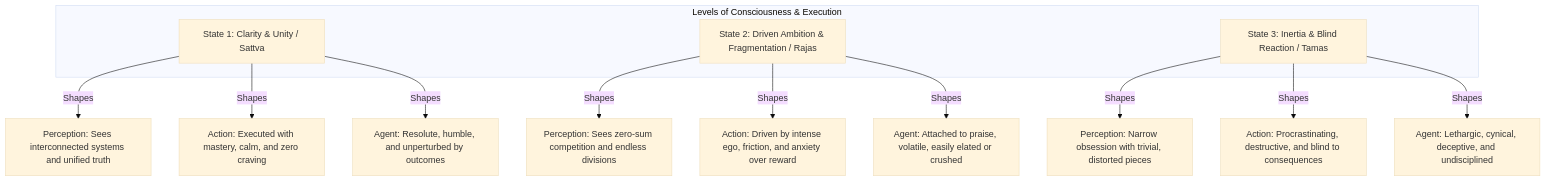
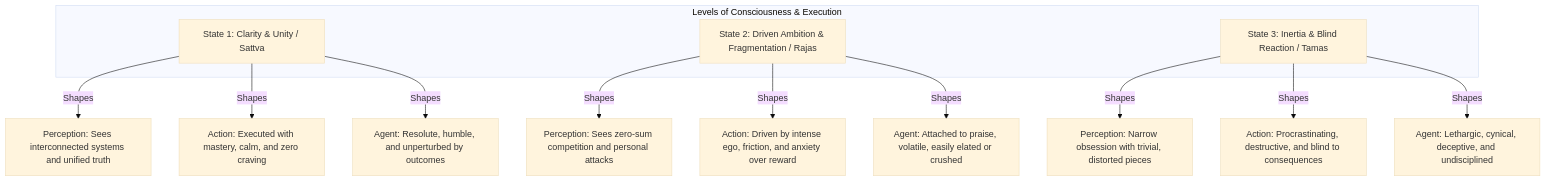
Before and after one commit to vs00918/aravalli: the first of 4 diagrams in knowledge-tree/nodes/chapter-03-the-three-modes-of-execution.md, drawn with Mermaid (base theme). The commit also changed other lines of this file and 8 other files, not shown here.

Commit message:
feat(banking-ca): deploy golden magazine architecture with p1 comprehension layer

````diff
--- a/knowledge-tree/nodes/chapter-03-the-three-modes-of-execution.md
+++ b/knowledge-tree/nodes/chapter-03-the-three-modes-of-execution.md
@@ -18,20 +18,20 @@
 ```mermaid
 graph TD
     subgraph Levels of Consciousness & Execution
         S[State 1: Clarity & Unity / Sattva]
         R[State 2: Driven Ambition & Fragmentation / Rajas]
         T[State 3: Inertia & Blind Reaction / Tamas]
     end
 
     S -->|Shapes| P1[Perception: Sees interconnected systems and unified truth]
     S -->|Shapes| A1[Action: Executed with mastery, calm, and zero craving]
     S -->|Shapes| D1[Agent: Resolute, humble, and unperturbed by outcomes]
 
-    R -->|Shapes| P2[Perception: Sees zero-sum competition and endless divisions]
+    R -->|Shapes| P2[Perception: Sees zero-sum competition and personal attacks]
     R -->|Shapes| A2[Action: Driven by intense ego, friction, and anxiety over reward]
     R -->|Shapes| D2[Agent: Attached to praise, volatile, easily elated or crushed]
 
     T -->|Shapes| P3[Perception: Narrow obsession with trivial, distorted pieces]
     T -->|Shapes| A3[Action: Procrastinating, destructive, and blind to consequences]
     T -->|Shapes| D3[Agent: Lethargic, cynical, deceptive, and undisciplined]
 ```
````
